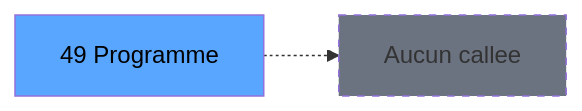
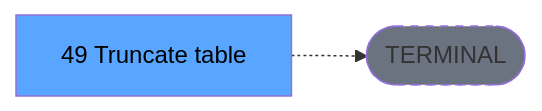
Before and after one commit to thonyAGP/lecteur-magic: the third of 3 diagrams in .openspec/specs/ADH-IDE-49.md, drawn with Mermaid. The commit also changed other lines of this file and 701 other files, not shown here.

````diff
--- a/.openspec/specs/ADH-IDE-49.md
+++ b/.openspec/specs/ADH-IDE-49.md
@@ -130,8 +134,8 @@
 ```mermaid
 graph LR
-    T[49 Programme]
-    NONE[Aucun callee]
-    T -.-> NONE
+    T[49 Truncate table ]
+    TERM([TERMINAL])
+    T -.-> TERM
+    style TERM fill:#6b7280,stroke-dasharray: 5 5
     style T fill:#58a6ff,color:#000
-    style NONE fill:#6b7280,stroke-dasharray: 5 5
 ```
````
